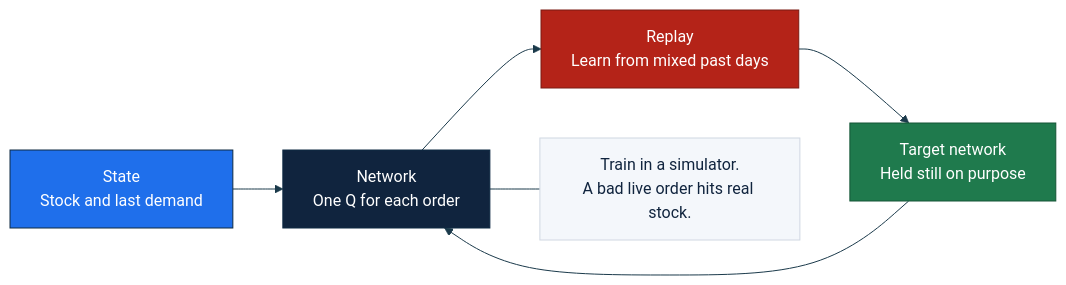
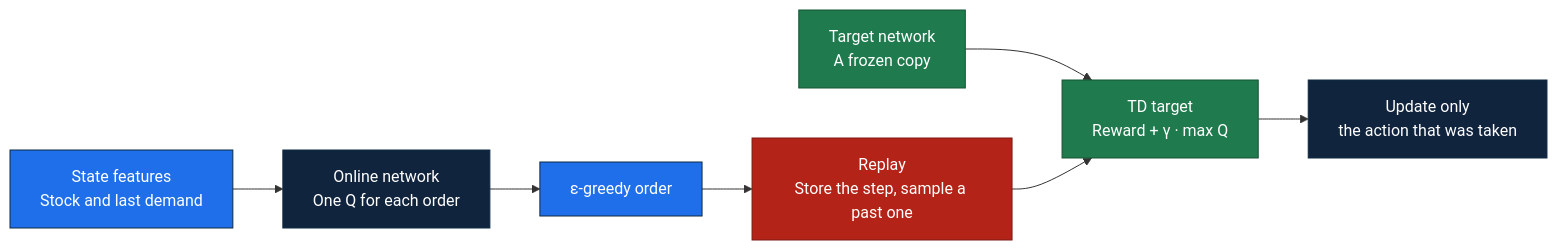
The diagram in assets/mermaid/dqn.mmd (salihtutun/Agentic-AI_Autonomous_Decision_Making), drawn with Mermaid before and after one commit. The commit also changed 24 other files, not shown here.

Commit message:
feat: redraw the session diagrams so the arrows match the lesson

```diff
--- a/assets/mermaid/dqn.mmd
+++ b/assets/mermaid/dqn.mmd
@@ -1,18 +1,15 @@
-%%{init: {'theme':'base','themeVariables':{'fontFamily':'Segoe UI, Arial, sans-serif','fontSize':'16px','lineColor':'#1B3A4B'}}}%%
 flowchart LR
-    STATE["State<br/>Stock and last demand"] --> NET["Network<br/>One Q for each order"]
-    NET --> REPLAY["Replay<br/>Learn from mixed past days"]
-    REPLAY --> TARGET["Target network<br/>Held still on purpose"]
-    TARGET --> NET
-    NOTE["Train in a simulator.<br/>A bad live order hits real stock."]
-    NET --- NOTE
+    STATE["State features<br/>Stock and last demand"] --> NET["Online network<br/>One Q for each order"]
+    NET --> ACT["ε-greedy order"]
+    ACT --> MEM["Replay<br/>Store the step, sample a past one"]
+    FROZEN["Target network<br/>A frozen copy"] --> TGT["TD target<br/>Reward + γ · max Q"]
+    MEM --> TGT
+    TGT --> STEP["Update only<br/>the action that was taken"]
     classDef blue fill:#1F6FEB,stroke:#0E2A43,color:#ffffff
     classDef navy fill:#10243E,stroke:#0E2A43,color:#ffffff
     classDef red fill:#B42318,stroke:#7A1A12,color:#ffffff
     classDef green fill:#1F7A4D,stroke:#145536,color:#ffffff
-    classDef note fill:#F4F7FB,stroke:#D0D7E2,color:#10243E
-    class STATE blue
-    class NET navy
-    class REPLAY red
-    class TARGET green
-    class NOTE note
+    class STATE,ACT blue
+    class NET,STEP navy
+    class MEM red
+    class FROZEN,TGT green
```
